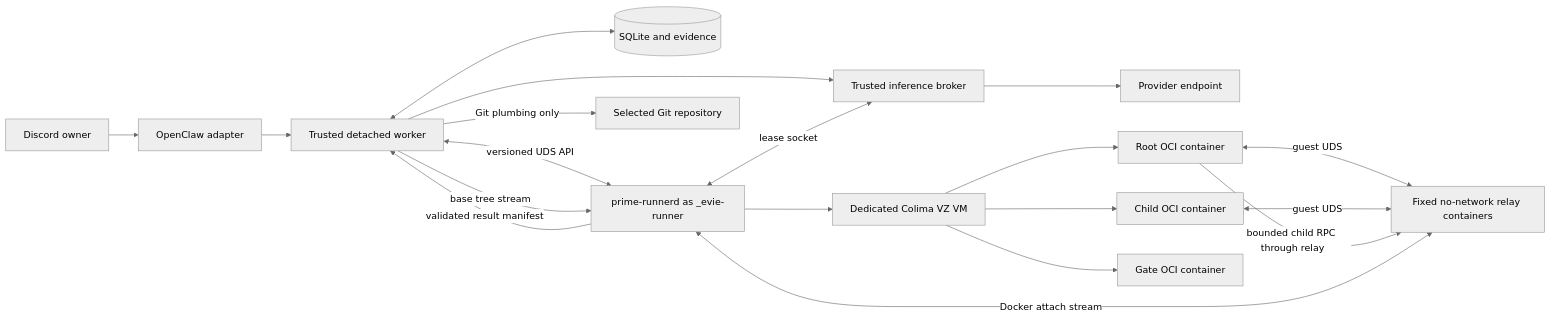
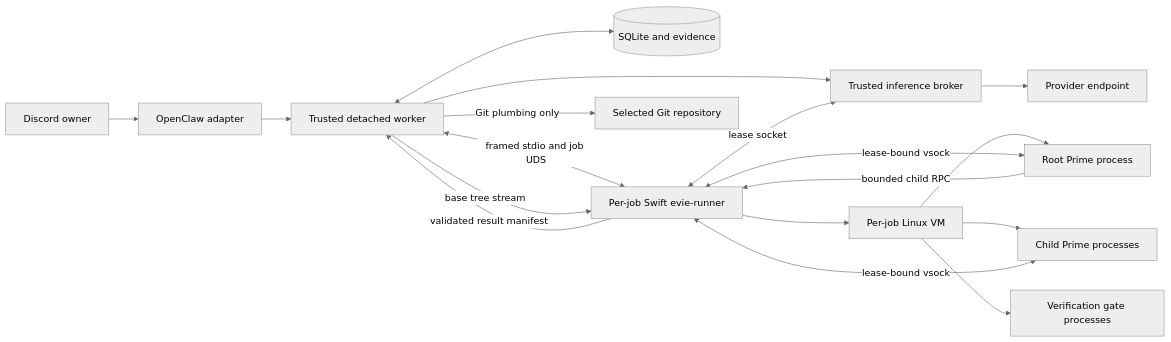
Before and after one commit to feniix/prime-agent-dispatch: the diagram in docs/security-assessment/contained-execution-backend-implementation-plan.md, drawn with Mermaid (neutral theme). The commit also changed other lines of this file and 1 other file, not shown here.

````diff
--- a/docs/security-assessment/contained-execution-backend-implementation-plan.md
+++ b/docs/security-assessment/contained-execution-backend-implementation-plan.md
@@ -99,33 +100,31 @@
 ```mermaid
 flowchart LR
     Discord[Discord owner]
     Adapter[OpenClaw adapter]
     Worker[Trusted detached worker]
     Store[(SQLite and evidence)]
     Provider[Provider endpoint]
     Broker[Trusted inference broker]
-    Runner[prime-runnerd as _evie-runner]
-    VM[Dedicated Colima VZ VM]
-    Relay[Fixed no-network relay containers]
-    Root[Root OCI container]
-    Child[Child OCI container]
-    Gate[Gate OCI container]
+    Runner[Per-job Swift evie-runner]
+    VM[Per-job Linux VM]
+    Root[Root Prime process]
+    Child[Child Prime processes]
+    Gate[Verification gate processes]
     Repo[Selected Git repository]
 
     Discord --> Adapter --> Worker
     Worker <--> Store
     Worker --> Broker --> Provider
-    Worker <-->|versioned UDS API| Runner
+    Worker <-->|framed stdio and job UDS| Runner
     Runner --> VM
     VM --> Root
     VM --> Child
     VM --> Gate
-    Root <-->|guest UDS| Relay
-    Child <-->|guest UDS| Relay
-    Relay <-->|Docker attach stream| Runner
+    Root <-->|lease-bound vsock| Runner
+    Child <-->|lease-bound vsock| Runner
     Runner <-->|lease socket| Broker
-    Root -->|bounded child RPC through relay| Relay
+    Root -->|bounded child RPC| Runner
     Worker -->|base tree stream| Runner
     Runner -->|validated result manifest| Worker
     Worker -->|Git plumbing only| Repo
 ```
````
